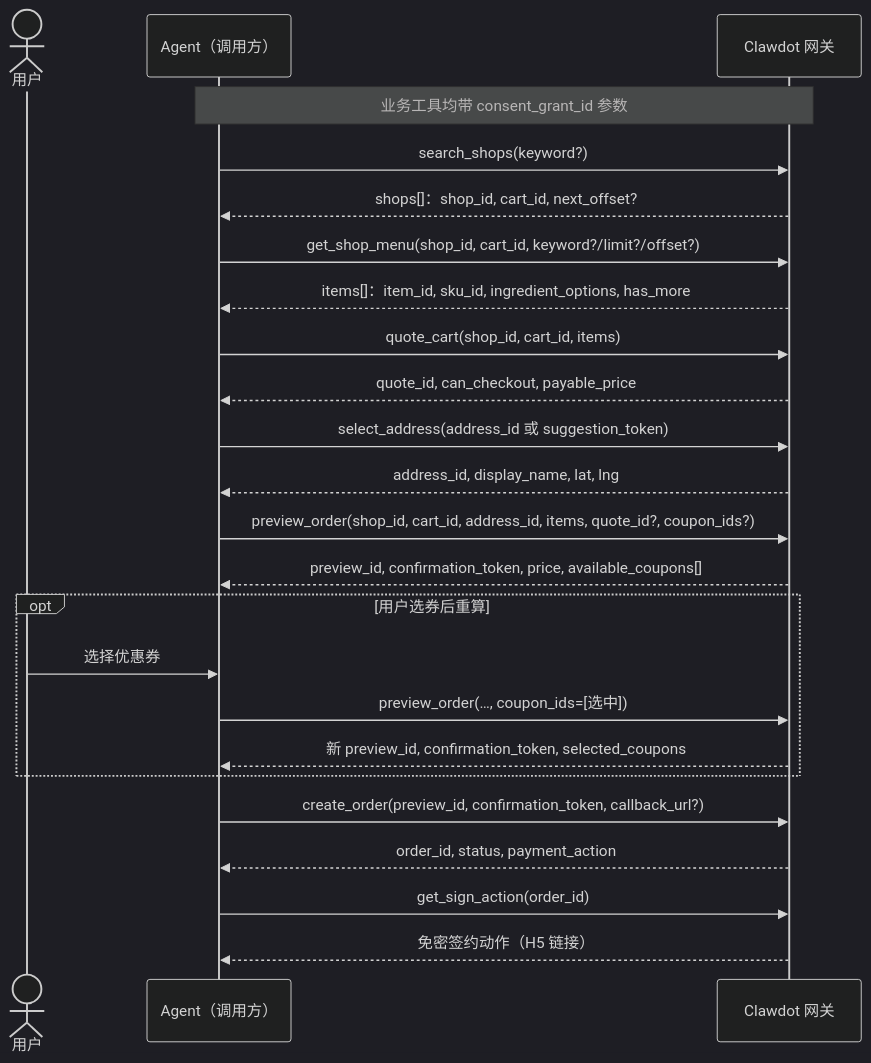
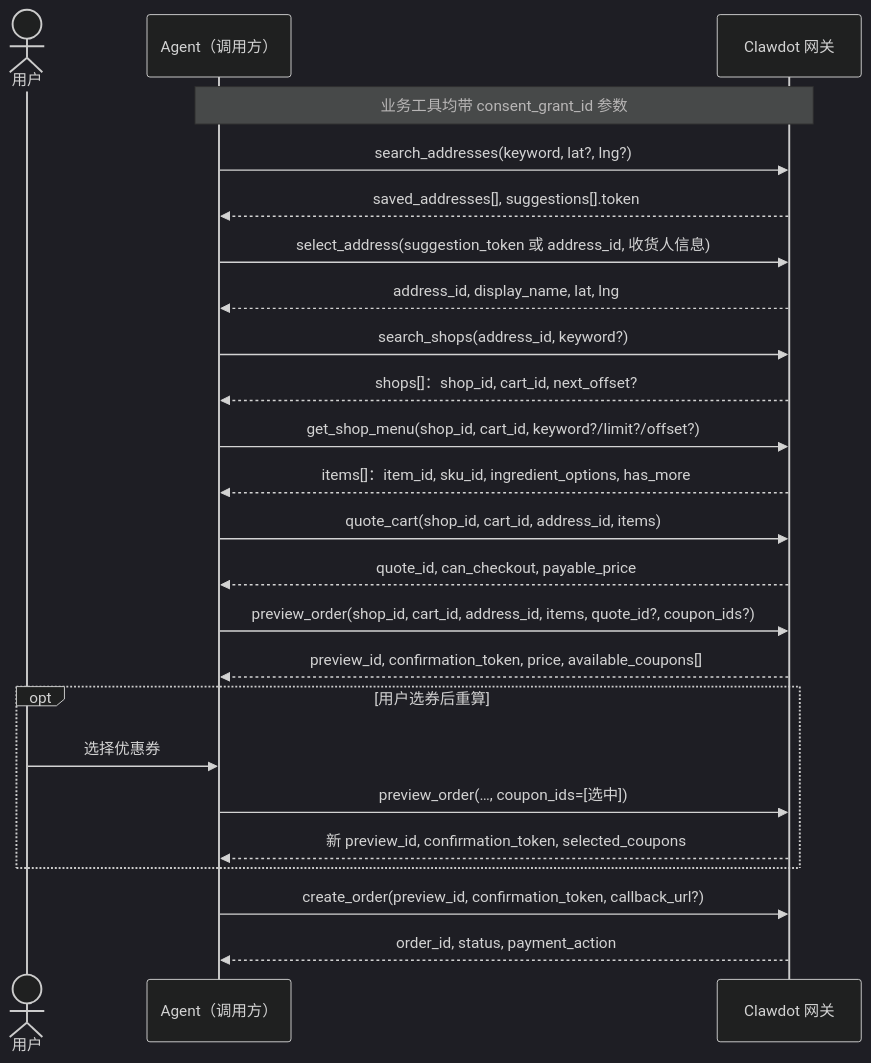
One commit to clawdot/docs changed the first of 2 diagrams in gateway/order-flow.mdx. Above: the diagram before and after it, drawn with Mermaid (dark theme). The commit also changed other lines of this file and 10 other files, not shown here.

First line of the commit message:
docs: order-flow 地址优先 + 免密签约独立 + 接入指南归 MCP + 修 mcp.json 接入配置形式

````diff
--- a/gateway/order-flow.mdx
+++ b/gateway/order-flow.mdx
@@ -16,26 +20,26 @@
 ```mermaid
 sequenceDiagram
     actor U as 用户
     participant A as Agent（调用方）
     participant G as Clawdot 网关
     Note over A,G: 业务工具均带 consent_grant_id 参数
-    A->>G: search_shops(keyword?)
+    A->>G: search_addresses(keyword, lat?, lng?)
+    G-->>A: saved_addresses[], suggestions[].token
+    A->>G: select_address(suggestion_token 或 address_id, 收货人信息)
+    G-->>A: address_id, display_name, lat, lng
+    A->>G: search_shops(address_id, keyword?)
     G-->>A: shops[]：shop_id, cart_id, next_offset?
     A->>G: get_shop_menu(shop_id, cart_id, keyword?/limit?/offset?)
     G-->>A: items[]：item_id, sku_id, ingredient_options, has_more
-    A->>G: quote_cart(shop_id, cart_id, items)
+    A->>G: quote_cart(shop_id, cart_id, address_id, items)
     G-->>A: quote_id, can_checkout, payable_price
-    A->>G: select_address(address_id 或 suggestion_token)
-    G-->>A: address_id, display_name, lat, lng
     A->>G: preview_order(shop_id, cart_id, address_id, items, quote_id?, coupon_ids?)
     G-->>A: preview_id, confirmation_token, price, available_coupons[]
     opt 用户选券后重算
         U->>A: 选择优惠券
         A->>G: preview_order(…, coupon_ids=[选中])
         G-->>A: 新 preview_id, confirmation_token, selected_coupons
     end
     A->>G: create_order(preview_id, confirmation_token, callback_url?)
     G-->>A: order_id, status, payment_action
-    A->>G: get_sign_action(order_id)
-    G-->>A: 免密签约动作（H5 链接）
 ```
````
